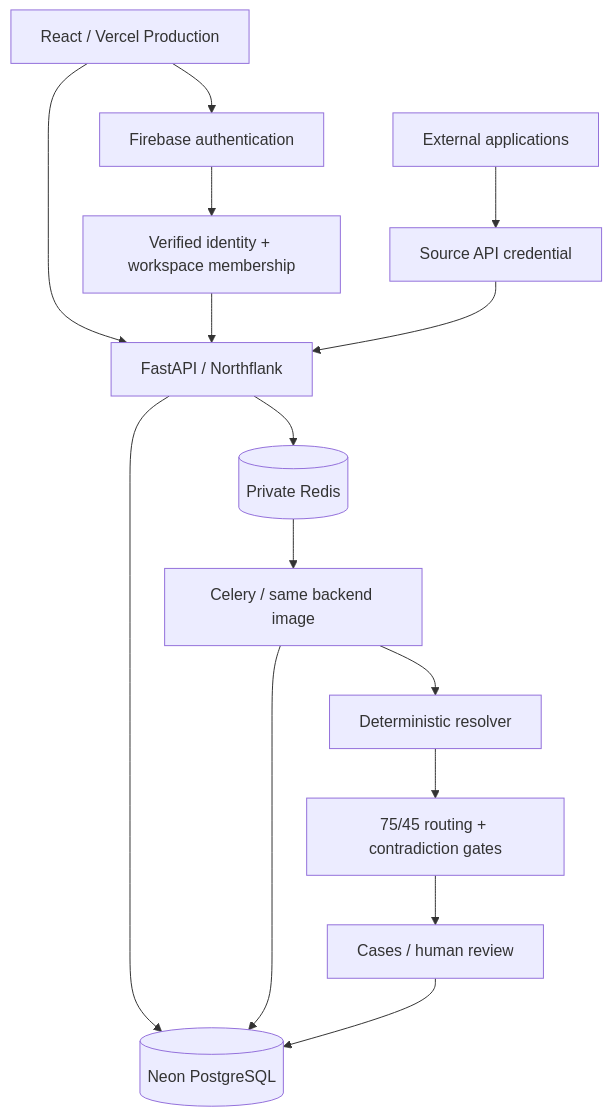
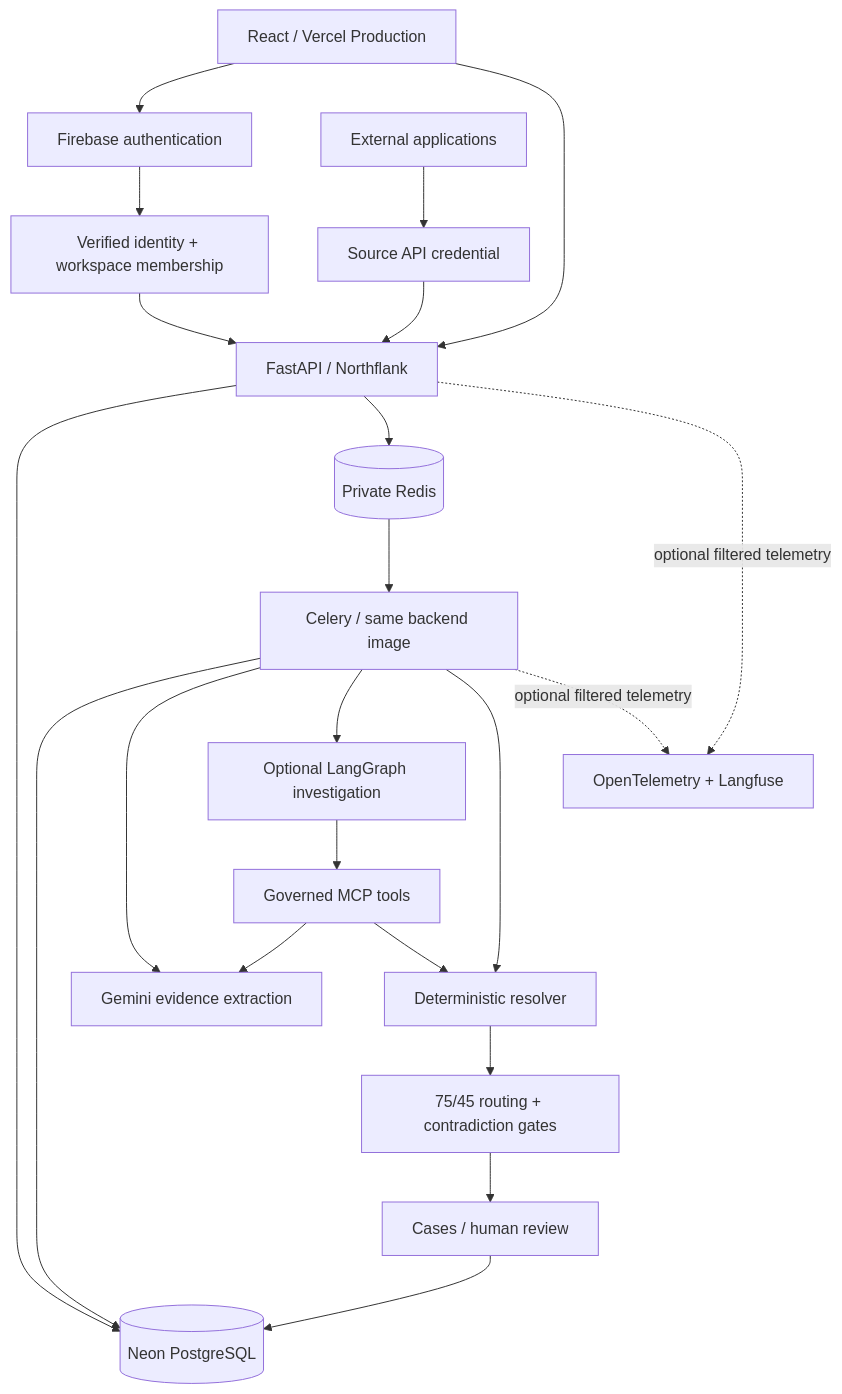
Before and after one commit to farazkhan-05/contact-resolution-workbench: the diagram in docs/productization-architecture.md, drawn with Mermaid. The commit also changed other lines of this file and 11 other files, not shown here.

````diff
--- a/docs/productization-architecture.md
+++ b/docs/productization-architecture.md
@@ -21,17 +21,24 @@
 ```mermaid
 flowchart TD
     Browser[React / Vercel Production] --> Firebase[Firebase authentication]
     Browser --> API[FastAPI / Northflank]
     Firebase --> Verify[Verified identity + workspace membership]
     Verify --> API
     External[External applications] --> Source[Source API credential]
     Source --> API
     API --> DB[(Neon PostgreSQL)]
     API --> Redis[(Private Redis)]
     Redis --> Worker[Celery / same backend image]
     Worker --> DB
-    Worker --> Resolver[Deterministic resolver]
+    Worker --> Gemini[Gemini evidence extraction]
+    Worker --> Graph[Optional LangGraph investigation]
+    Graph --> MCP[Governed MCP tools]
+    MCP --> Gemini
+    MCP --> Resolver[Deterministic resolver]
+    Worker --> Resolver
+    API -. optional filtered telemetry .-> Telemetry[OpenTelemetry + Langfuse]
+    Worker -. optional filtered telemetry .-> Telemetry
     Resolver --> Routing[75/45 routing + contradiction gates]
     Routing --> Cases[Cases / human review]
     Cases --> DB
 ```
````
